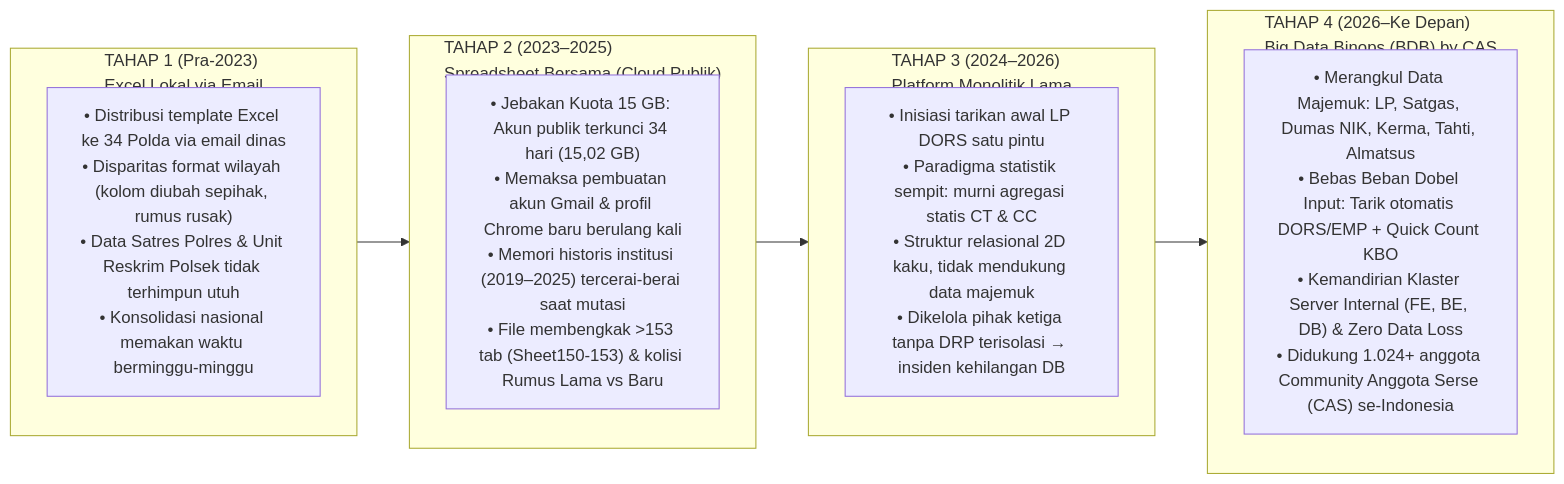
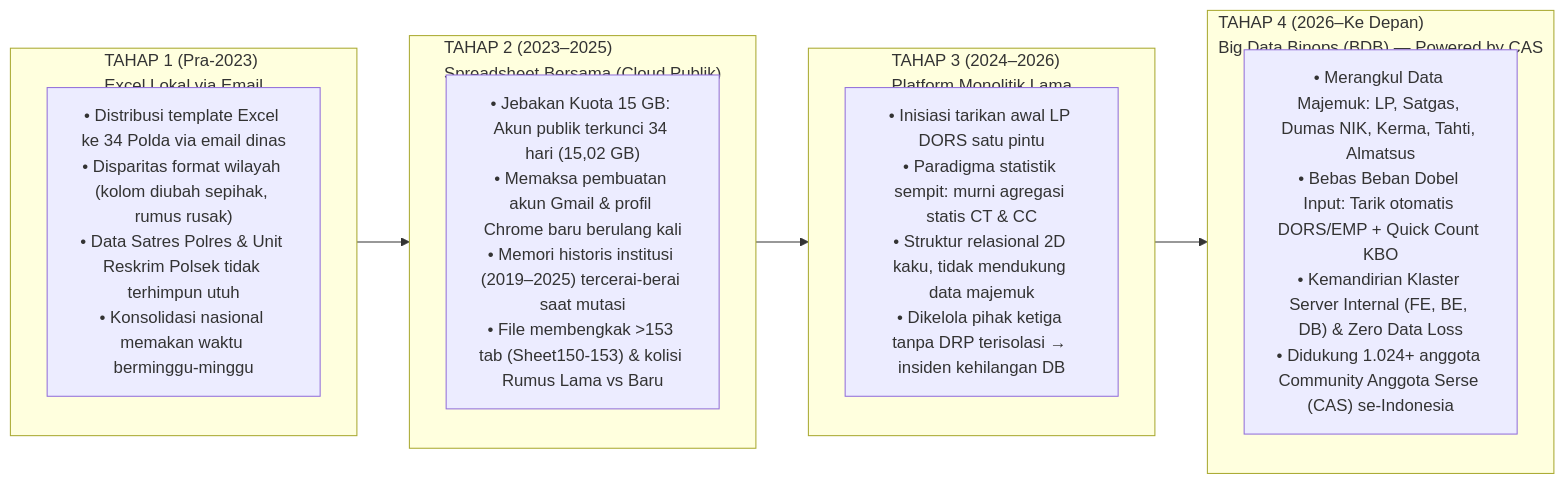
One commit to omeko42/big-data-binops changed the first of 3 diagrams in docs/STRATEGIC_GOVERNANCE_AND_EVOLUTION.md. Above: the diagram before and after it, drawn with Mermaid. The commit also changed other lines of this file and 12 other files, not shown here.

Commit message:
chore(rebrand): standardize all headers to Big Data Binops (BDB) — Powered by CAS (Community Anggota Serse)

````diff
--- a/docs/STRATEGIC_GOVERNANCE_AND_EVOLUTION.md
+++ b/docs/STRATEGIC_GOVERNANCE_AND_EVOLUTION.md
@@ -22,20 +22,20 @@
 ```mermaid
 flowchart LR
     subgraph T1["TAHAP 1 (Pra-2023)\nExcel Lokal via Email"]
         T1A["• Distribusi template Excel ke 34 Polda via email dinas\n• Disparitas format wilayah (kolom diubah sepihak, rumus rusak)\n• Data Satres Polres & Unit Reskrim Polsek tidak terhimpun utuh\n• Konsolidasi nasional memakan waktu berminggu-minggu"]
     end
 
     subgraph T2["TAHAP 2 (2023–2025)\nSpreadsheet Bersama (Cloud Publik)"]
         T2A["• Jebakan Kuota 15 GB: Akun publik terkunci 34 hari (15,02 GB)\n• Memaksa pembuatan akun Gmail & profil Chrome baru berulang kali\n• Memori historis institusi (2019–2025) tercerai-berai saat mutasi\n• File membengkak >153 tab (Sheet150-153) & kolisi Rumus Lama vs Baru"]
     end
 
     subgraph T3["TAHAP 3 (2024–2026)\nPlatform Monolitik Lama"]
         T3A["• Inisiasi tarikan awal LP DORS satu pintu\n• Paradigma statistik sempit: murni agregasi statis CT & CC\n• Struktur relasional 2D kaku, tidak mendukung data majemuk\n• Dikelola pihak ketiga tanpa DRP terisolasi → insiden kehilangan DB"]
     end
 
-    subgraph T4["TAHAP 4 (2026–Ke Depan)\nBig Data Binops (BDB) by CAS"]
+    subgraph T4["TAHAP 4 (2026–Ke Depan)\nBig Data Binops (BDB) — Powered by CAS"]
         T4A["• Merangkul Data Majemuk: LP, Satgas, Dumas NIK, Kerma, Tahti, Almatsus\n• Bebas Beban Dobel Input: Tarik otomatis DORS/EMP + Quick Count KBO\n• Kemandirian Klaster Server Internal (FE, BE, DB) & Zero Data Loss\n• Didukung 1.024+ anggota Community Anggota Serse (CAS) se-Indonesia"]
     end
 
     T1 --> T2 --> T3 --> T4
 ```
````
